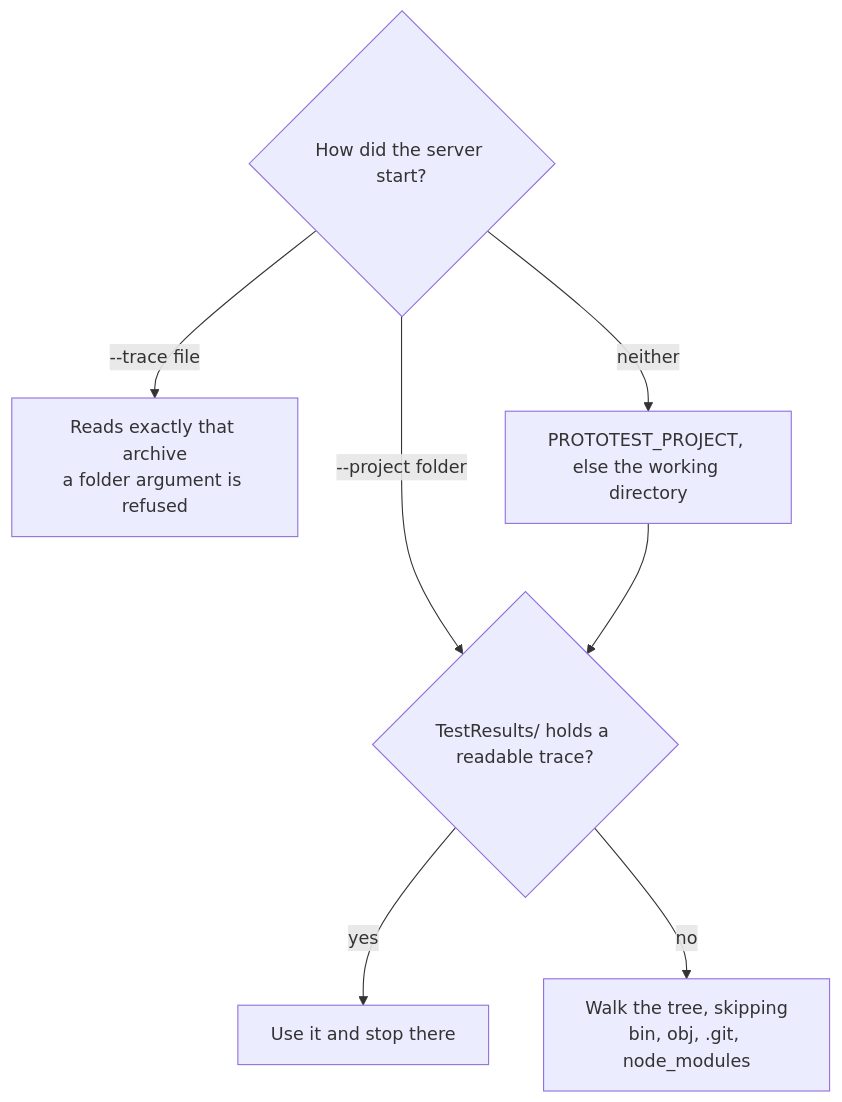
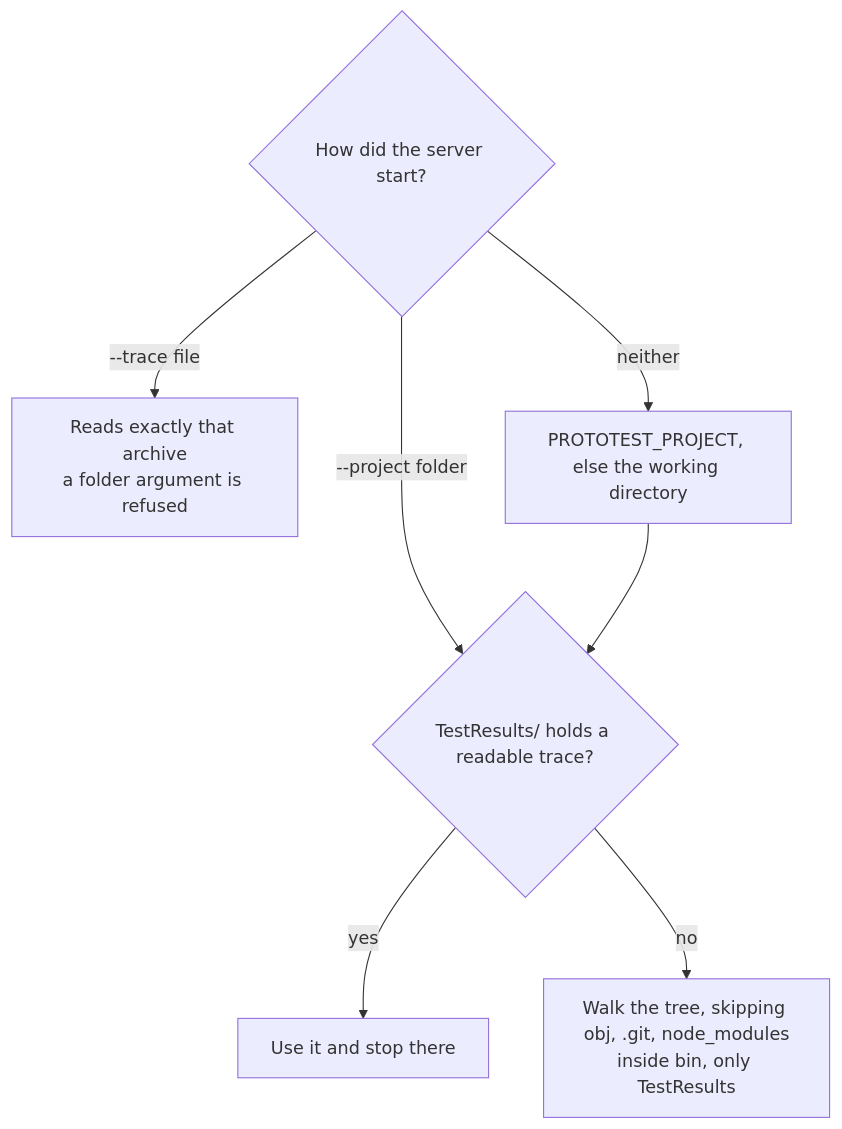
Before and after one commit to MSeys/ProtoTest: the diagram in docs/docs/agent-workflows/setup.md, drawn with Mermaid. The commit also changed other lines of this file and 46 other files, not shown here.

````diff
--- a/docs/docs/agent-workflows/setup.md
+++ b/docs/docs/agent-workflows/setup.md
@@ -117,10 +117,10 @@
 ```mermaid
 flowchart TD
     start{"How did the server start?"}
     start -->|"--trace file"| one["Reads exactly that archive<br/>a folder argument is refused"]
     start -->|"--project folder"| pr{"TestResults/ holds a readable trace?"}
     start -->|"neither"| env["PROTOTEST_PROJECT, else the working directory"]
     env --> pr
     pr -->|"yes"| stop["Use it and stop there"]
-    pr -->|"no"| walk["Walk the tree, skipping<br/>bin, obj, .git, node_modules"]
+    pr -->|"no"| walk["Walk the tree, skipping obj, .git, node_modules<br/>inside bin, only TestResults"]
 ```
````
